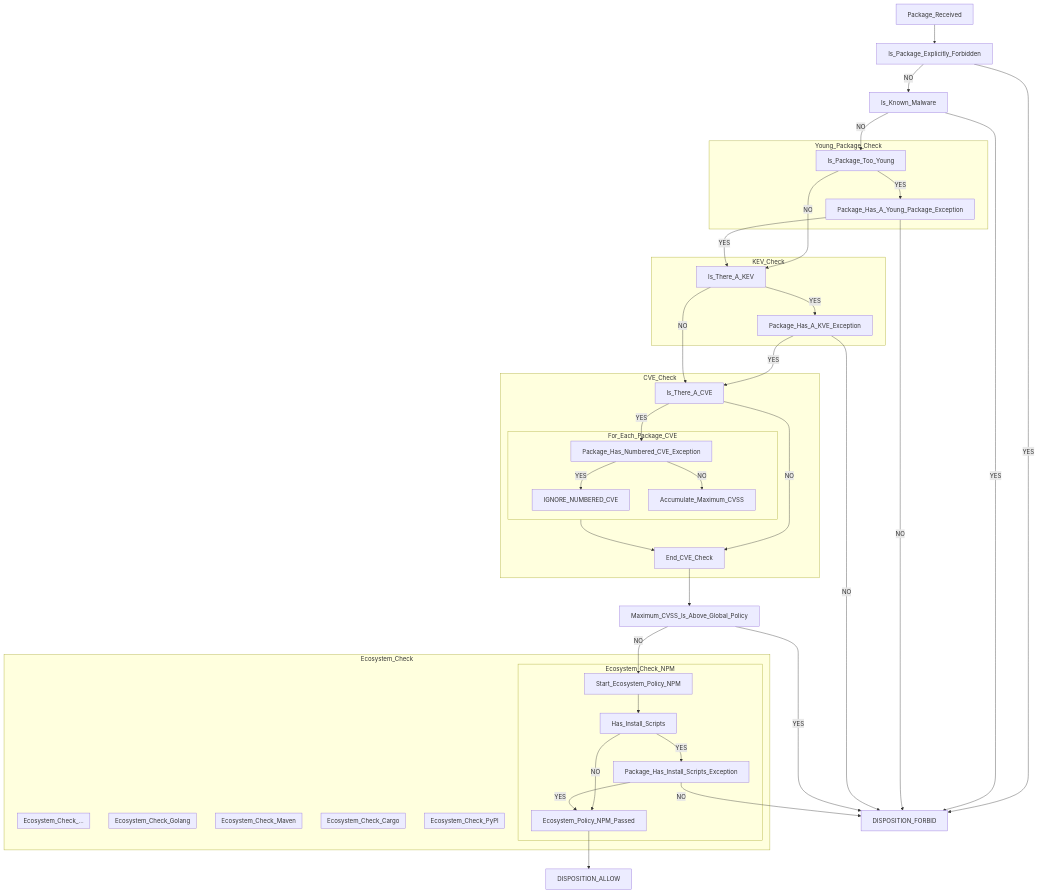
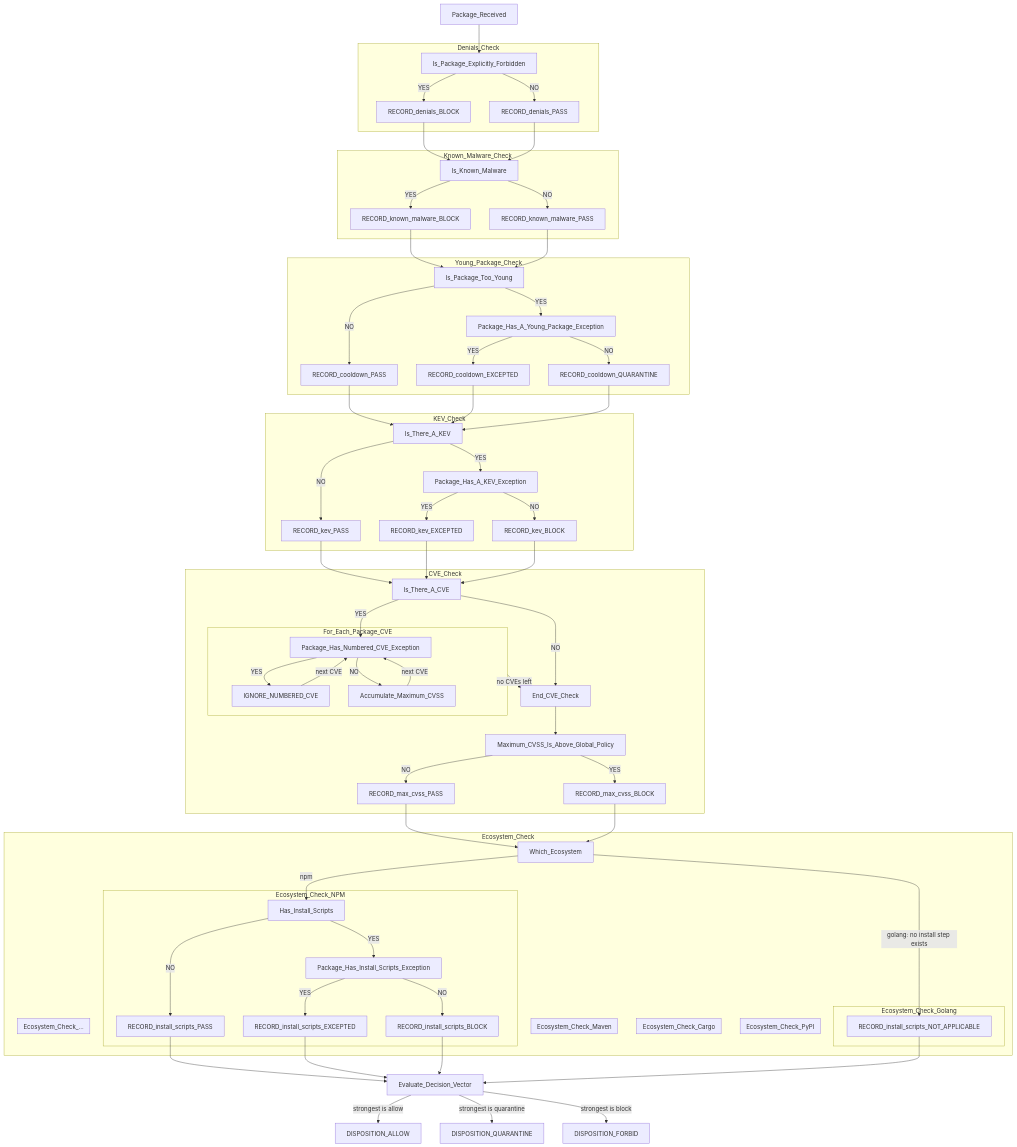
Before and after one commit to krishardy/byrle: the diagram in docs/engineering_decisions/policy-tier-resolution.md, drawn with Mermaid. The commit also changed other lines of this file, not shown here.

Commit message:
Updated diagram to show the ALLOW/BLOCK decision vector

````diff
--- a/docs/engineering_decisions/policy-tier-resolution.md
+++ b/docs/engineering_decisions/policy-tier-resolution.md
@@ -18,42 +12,91 @@
 ```mermaid
 flowchart TD
 
-Package_Received
-Is_Package_Explicitly_Forbidden
-Is_Known_Malware
-Package_Has_A_KVE_Exception
-DISPOSITION_FORBID
-DISPOSITION_ALLOW
-IGNORE_NUMBERED_CVE
+%% Every check runs. No check can stop the ones after it.
+%% Each branch ends at a RECORD node, which appends one entry to the decision
+%% vector, and every RECORD node of a check leads to the next check.
+%% The disposition is decided once, at the end, from the whole vector.
+
+Package_Received --> Is_Package_Explicitly_Forbidden
+
+subgraph Denials_Check
+  Is_Package_Explicitly_Forbidden
+  Is_Package_Explicitly_Forbidden --YES--> RECORD_denials_BLOCK
+  Is_Package_Explicitly_Forbidden --NO--> RECORD_denials_PASS
+end
+
+RECORD_denials_BLOCK --> Is_Known_Malware
+RECORD_denials_PASS --> Is_Known_Malware
+
+subgraph Known_Malware_Check
+  Is_Known_Malware
+  Is_Known_Malware --YES--> RECORD_known_malware_BLOCK
+  Is_Known_Malware --NO--> RECORD_known_malware_PASS
+end
+
+RECORD_known_malware_BLOCK --> Is_Package_Too_Young
+RECORD_known_malware_PASS --> Is_Package_Too_Young
 
 subgraph Young_Package_Check
   Is_Package_Too_Young
   Package_Has_A_Young_Package_Exception
+  Is_Package_Too_Young --NO--> RECORD_cooldown_PASS
+  Is_Package_Too_Young --YES--> Package_Has_A_Young_Package_Exception
+  Package_Has_A_Young_Package_Exception --YES--> RECORD_cooldown_EXCEPTED
+  Package_Has_A_Young_Package_Exception --NO--> RECORD_cooldown_QUARANTINE
 end
+
+RECORD_cooldown_PASS --> Is_There_A_KEV
+RECORD_cooldown_EXCEPTED --> Is_There_A_KEV
+RECORD_cooldown_QUARANTINE --> Is_There_A_KEV
 
 subgraph KEV_Check
   Is_There_A_KEV
-  Package_Has_A_KVE_Exception
+  Package_Has_A_KEV_Exception
+  Is_There_A_KEV --NO--> RECORD_kev_PASS
+  Is_There_A_KEV --YES--> Package_Has_A_KEV_Exception
+  Package_Has_A_KEV_Exception --YES--> RECORD_kev_EXCEPTED
+  Package_Has_A_KEV_Exception --NO--> RECORD_kev_BLOCK
 end
+
+RECORD_kev_PASS --> Is_There_A_CVE
+RECORD_kev_EXCEPTED --> Is_There_A_CVE
+RECORD_kev_BLOCK --> Is_There_A_CVE
 
 subgraph CVE_Check
   Is_There_A_CVE
+  Is_There_A_CVE --NO--> End_CVE_Check
+  Is_There_A_CVE --YES--> Package_Has_Numbered_CVE_Exception
+
   subgraph For_Each_Package_CVE
     Package_Has_Numbered_CVE_Exception
-    Accumulate_Maximum_CVSS
-    Package_Has_Numbered_CVE_Exception
-    IGNORE_NUMBERED_CVE
+    Package_Has_Numbered_CVE_Exception --YES--> IGNORE_NUMBERED_CVE
+    Package_Has_Numbered_CVE_Exception --NO--> Accumulate_Maximum_CVSS
+    IGNORE_NUMBERED_CVE --next CVE--> Package_Has_Numbered_CVE_Exception
+    Accumulate_Maximum_CVSS --next CVE--> Package_Has_Numbered_CVE_Exception
   end
-  End_CVE_Check
+
+  For_Each_Package_CVE --no CVEs left--> End_CVE_Check
+  End_CVE_Check --> Maximum_CVSS_Is_Above_Global_Policy
+  Maximum_CVSS_Is_Above_Global_Policy --YES--> RECORD_max_cvss_BLOCK
+  Maximum_CVSS_Is_Above_Global_Policy --NO--> RECORD_max_cvss_PASS
 end
 
+RECORD_max_cvss_PASS --> Which_Ecosystem
+RECORD_max_cvss_BLOCK --> Which_Ecosystem
+
 subgraph Ecosystem_Check
+  Which_Ecosystem
+
   subgraph Ecosystem_Check_NPM
-    Start_Ecosystem_Policy_NPM
     Has_Install_Scripts
     Package_Has_Install_Scripts_Exception
-    Ecosystem_Policy_NPM_Passed
+    Has_Install_Scripts --NO--> RECORD_install_scripts_PASS
+    Has_Install_Scripts --YES--> Package_Has_Install_Scripts_Exception
+    Package_Has_Install_Scripts_Exception --YES--> RECORD_install_scripts_EXCEPTED
+    Package_Has_Install_Scripts_Exception --NO--> RECORD_install_scripts_BLOCK
   end
+
   subgraph Ecosystem_Check_PyPI
   end
   subgraph Ecosystem_Check_Cargo
@@ -61,43 +104,21 @@
   subgraph Ecosystem_Check_Maven
   end
   subgraph Ecosystem_Check_Golang
+    RECORD_install_scripts_NOT_APPLICABLE
   end
   subgraph Ecosystem_Check_...
   end
+
+  Which_Ecosystem --npm--> Has_Install_Scripts
+  Which_Ecosystem --golang: no install step exists--> RECORD_install_scripts_NOT_APPLICABLE
 end
 
-Package_Received --> Is_Package_Explicitly_Forbidden
+RECORD_install_scripts_PASS --> Evaluate_Decision_Vector
+RECORD_install_scripts_EXCEPTED --> Evaluate_Decision_Vector
+RECORD_install_scripts_BLOCK --> Evaluate_Decision_Vector
+RECORD_install_scripts_NOT_APPLICABLE --> Evaluate_Decision_Vector
 
-Is_Package_Explicitly_Forbidden --YES--> DISPOSITION_FORBID
-Is_Package_Explicitly_Forbidden --NO--> Is_Known_Malware
-
-Is_Known_Malware --YES--> DISPOSITION_FORBID
-Is_Known_Malware --NO--> Is_Package_Too_Young
-
-Is_Package_Too_Young --YES--> Package_Has_A_Young_Package_Exception
-Is_Package_Too_Young --NO--> Is_There_A_KEV
-Package_Has_A_Young_Package_Exception --YES--> Is_There_A_KEV
-Package_Has_A_Young_Package_Exception --NO--> DISPOSITION_FORBID
-
-Is_There_A_KEV --YES--> Package_Has_A_KVE_Exception
-Package_Has_A_KVE_Exception --YES--> Is_There_A_CVE
-Package_Has_A_KVE_Exception --NO--> DISPOSITION_FORBID
-Is_There_A_KEV --NO--> Is_There_A_CVE
-
-Is_There_A_CVE --YES--> Package_Has_Numbered_CVE_Exception
-Is_There_A_CVE --NO--> End_CVE_Check
-
-Package_Has_Numbered_CVE_Exception --NO--> Accumulate_Maximum_CVSS
-Package_Has_Numbered_CVE_Exception --YES--> IGNORE_NUMBERED_CVE
-For_Each_Package_CVE --> End_CVE_Check
-End_CVE_Check --> Maximum_CVSS_Is_Above_Global_Policy
-Maximum_CVSS_Is_Above_Global_Policy --YES--> DISPOSITION_FORBID
-Maximum_CVSS_Is_Above_Global_Policy --NO--> Start_Ecosystem_Policy_NPM
-
-Start_Ecosystem_Policy_NPM --> Has_Install_Scripts
-Has_Install_Scripts --NO--> Ecosystem_Policy_NPM_Passed
-Has_Install_Scripts --YES--> Package_Has_Install_Scripts_Exception
-Package_Has_Install_Scripts_Exception --YES--> Ecosystem_Policy_NPM_Passed
-Package_Has_Install_Scripts_Exception --NO--> DISPOSITION_FORBID
-Ecosystem_Policy_NPM_Passed --> DISPOSITION_ALLOW
+Evaluate_Decision_Vector --strongest is allow--> DISPOSITION_ALLOW
+Evaluate_Decision_Vector --strongest is quarantine--> DISPOSITION_QUARANTINE
+Evaluate_Decision_Vector --strongest is block--> DISPOSITION_FORBID
 ```
````
